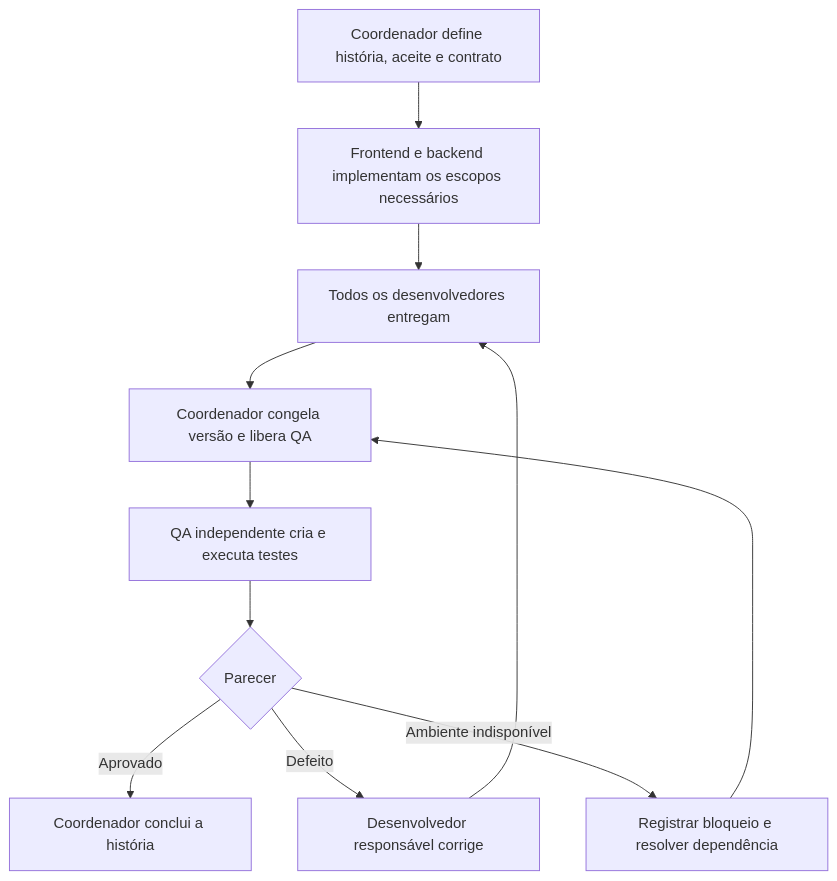
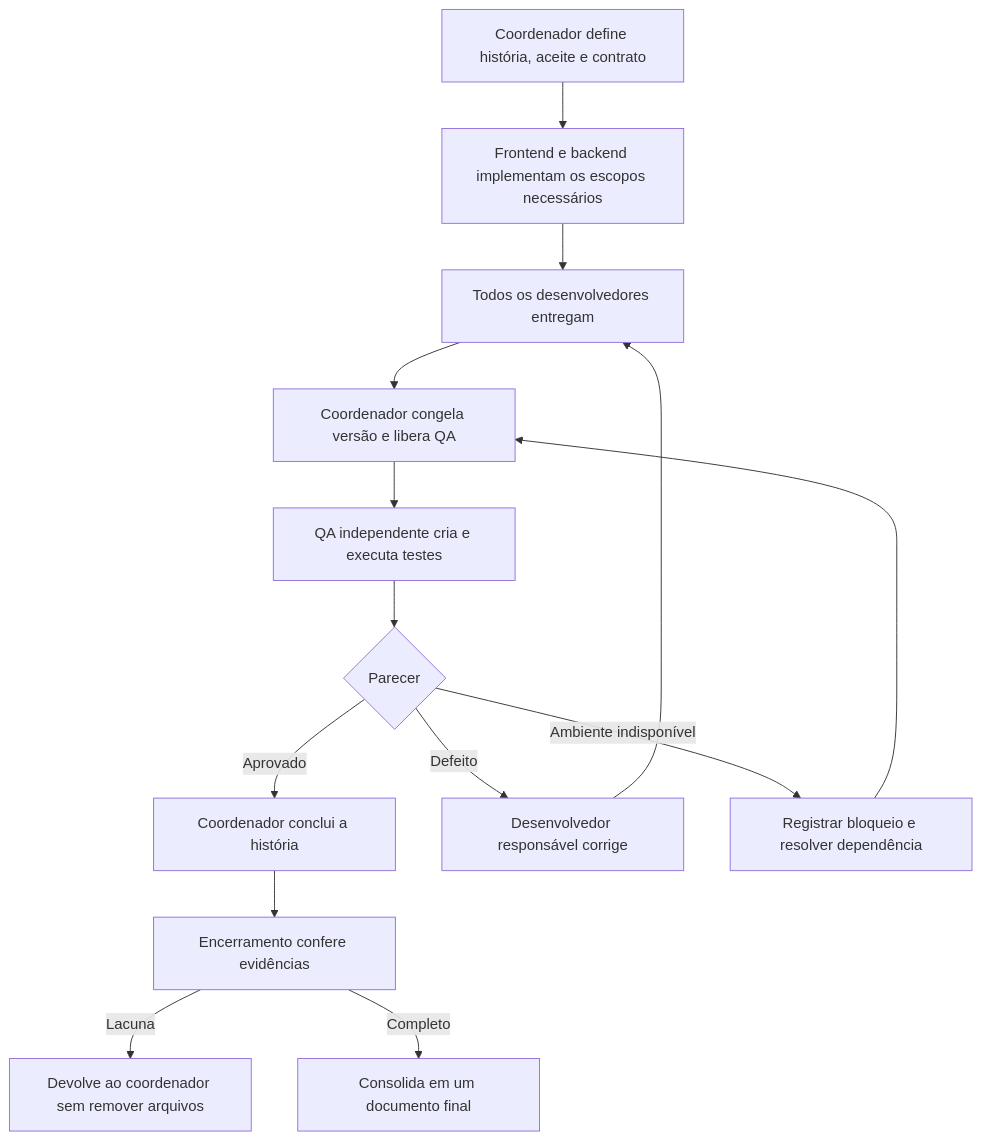
Before and after one commit to jhoweduardo/autoluguel: the diagram in docs/agentes/fluxo-de-trabalho.md, drawn with Mermaid. The commit also changed other lines of this file and 18 other files, not shown here.

````diff
--- a/docs/agentes/fluxo-de-trabalho.md
+++ b/docs/agentes/fluxo-de-trabalho.md
@@ -23,13 +24,16 @@
 ```mermaid
 flowchart TD
     A[Coordenador define história, aceite e contrato] --> B[Frontend e backend implementam os escopos necessários]
     B --> C[Todos os desenvolvedores entregam]
     C --> D[Coordenador congela versão e libera QA]
     D --> E[QA independente cria e executa testes]
     E --> F{Parecer}
     F -->|Aprovado| G[Coordenador conclui a história]
+    G --> J[Encerramento confere evidências]
+    J -->|Lacuna| K[Devolve ao coordenador sem remover arquivos]
+    J -->|Completo| L[Consolida em um documento final]
     F -->|Defeito| H[Desenvolvedor responsável corrige]
     H --> C
     F -->|Ambiente indisponível| I[Registrar bloqueio e resolver dependência]
     I --> D
 ```
````
